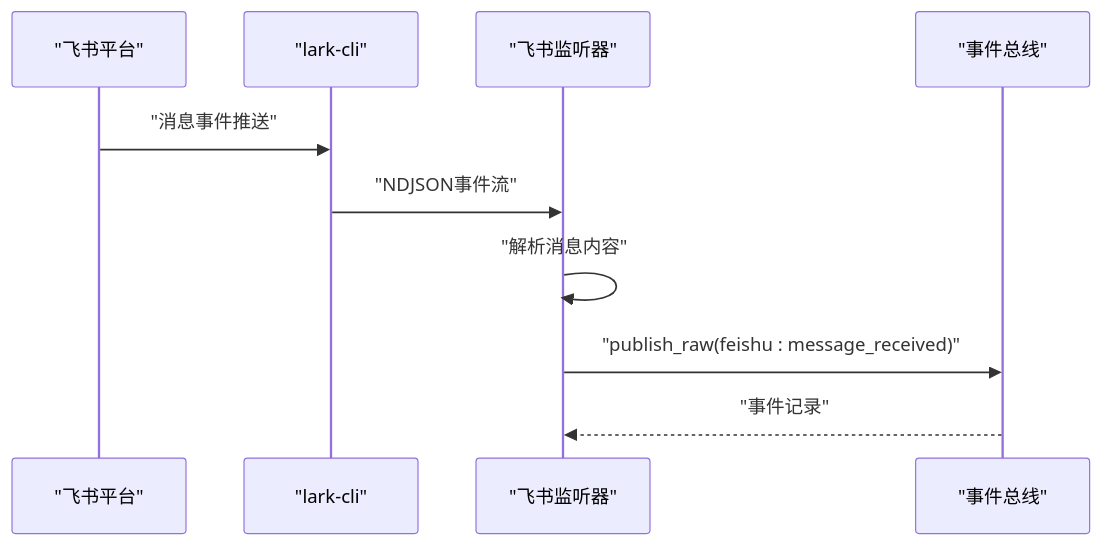
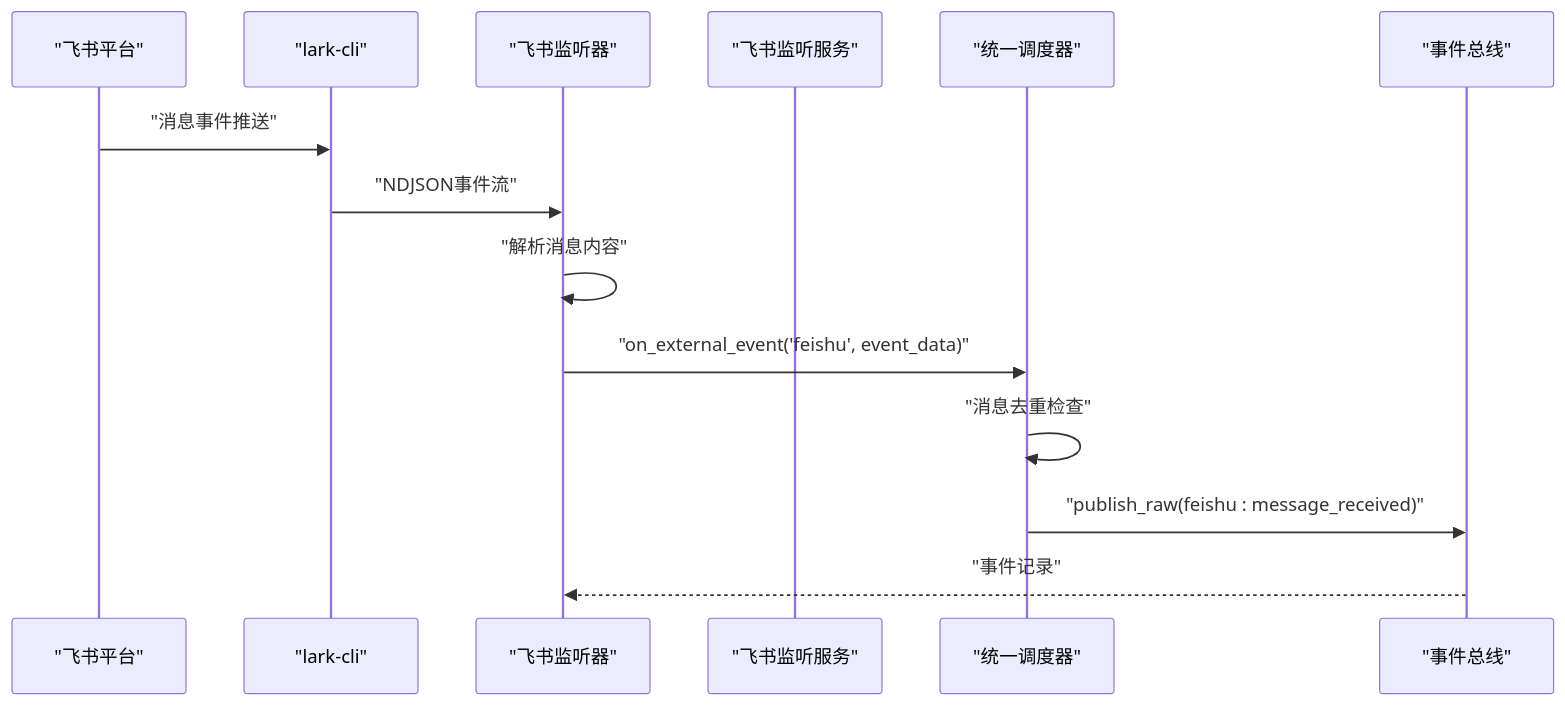
Before and after one commit to angledick/-: the tenth of 12 diagrams in .qoder/repowiki/zh/content/系统架构/事件驱动系统/事件总线核心.md, drawn with Mermaid. The commit also changed other lines of this file and 9 other files, not shown here.

````diff
--- a/.qoder/repowiki/zh/content/系统架构/事件驱动系统/事件总线核心.md
+++ b/.qoder/repowiki/zh/content/系统架构/事件驱动系统/事件总线核心.md
@@ -506,12 +535,16 @@
 ```mermaid
 sequenceDiagram
 participant Feishu as "飞书平台"
 participant LarkCLI as "lark-cli"
 participant FeishuListener as "飞书监听器"
+participant FeishuListenerService as "飞书监听服务"
+participant Dispatcher as "统一调度器"
 participant Bus as "事件总线"
 Feishu->>LarkCLI : "消息事件推送"
 LarkCLI->>FeishuListener : "NDJSON事件流"
 FeishuListener->>FeishuListener : "解析消息内容"
-FeishuListener->>Bus : "publish_raw(feishu : message_received)"
+FeishuListener->>Dispatcher : "on_external_event('feishu', event_data)"
+Dispatcher->>Dispatcher : "消息去重检查"
+Dispatcher->>Bus : "publish_raw(feishu : message_received)"
 Bus-->>FeishuListener : "事件记录"
 ```
````
